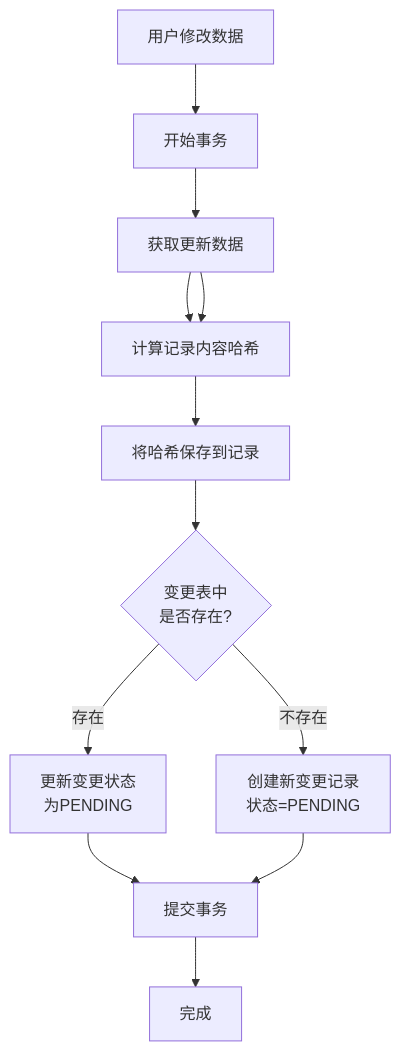
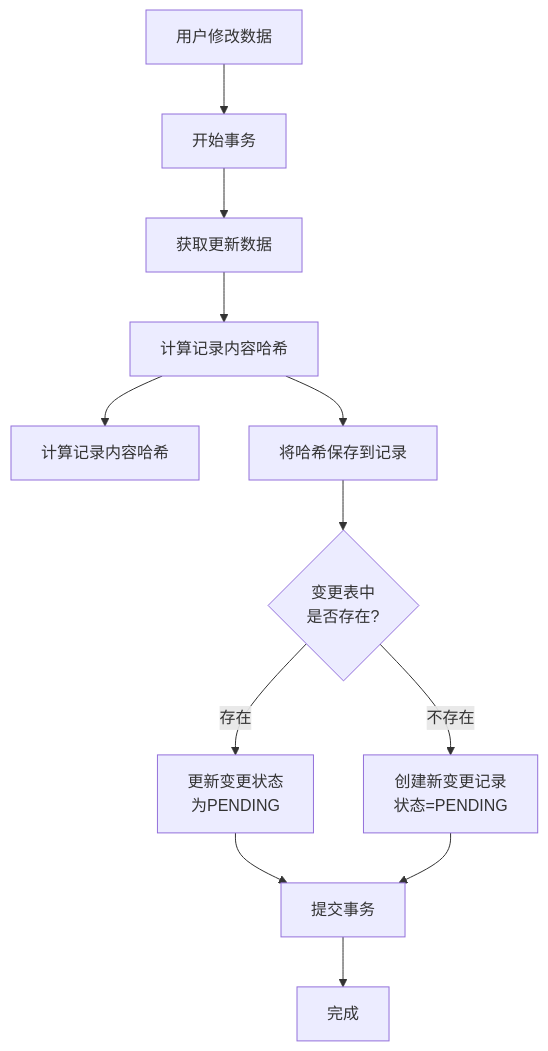
One commit to yingjianzh/iodraw-files changed the diagram in all/未命名-42.md. Above: the diagram before and after it, drawn with Mermaid.

Commit message:
2025-04-24 15:26:58 update

````diff
--- a/all/未命名-42.md
+++ b/all/未命名-42.md
@@ -1,16 +1,16 @@
 ```mermaid
 flowchart TD
     Start[用户修改数据] --> StartTransaction[开始事务]
     StartTransaction --> UpdateRecord[获取更新数据]
     UpdateRecord --> ComputeHash[计算记录内容哈希]
-    UpdateRecord --> ComputeHash[计算记录内容哈希]
+    ComputeHash --> 将[计算记录内容哈希]
     ComputeHash --> SaveHash[将哈希保存到记录]
     
     SaveHash --> CheckChangeExists{变更表中\n是否存在?}
     CheckChangeExists -- 存在 --> UpdateChange[更新变更状态\n为PENDING]
     CheckChangeExists -- 不存在 --> CreateChange[创建新变更记录\n状态=PENDING]
     
     UpdateChange --> CommitTransaction[提交事务]
     CreateChange --> CommitTransaction
     CommitTransaction --> End[完成]
 ```
````
